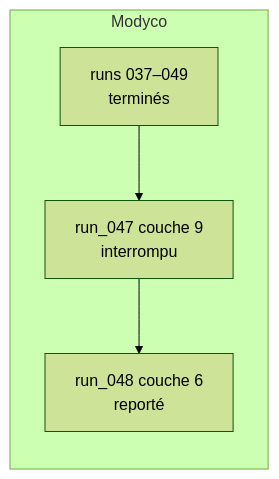
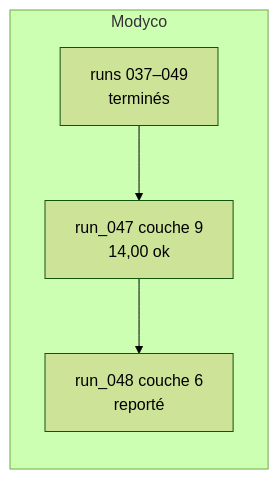
The second of 2 diagrams in documentation/recommandations.md (crispyfunicular/Pantagruel_S3T), drawn with Mermaid (forest theme) before and after one commit. The commit also changed other lines of this file and 5 other files, not shown here.

First line of the commit message:
Documente run_047 (couche 9, 14,00 BLEU) et l'état GPU Modyco.

````diff
--- a/documentation/recommandations.md
+++ b/documentation/recommandations.md
@@ -91,9 +102,9 @@
 ```mermaid
 flowchart LR
   subgraph modyco [Modyco]
     done["runs 037–049\nterminés"]
-    r047["run_047 couche 9\ninterrompu"]
+    r047["run_047 couche 9\n14,00 ok"]
     r048["run_048 couche 6\nreporté"]
     done --> r047 --> r048
   end
 ```
````
